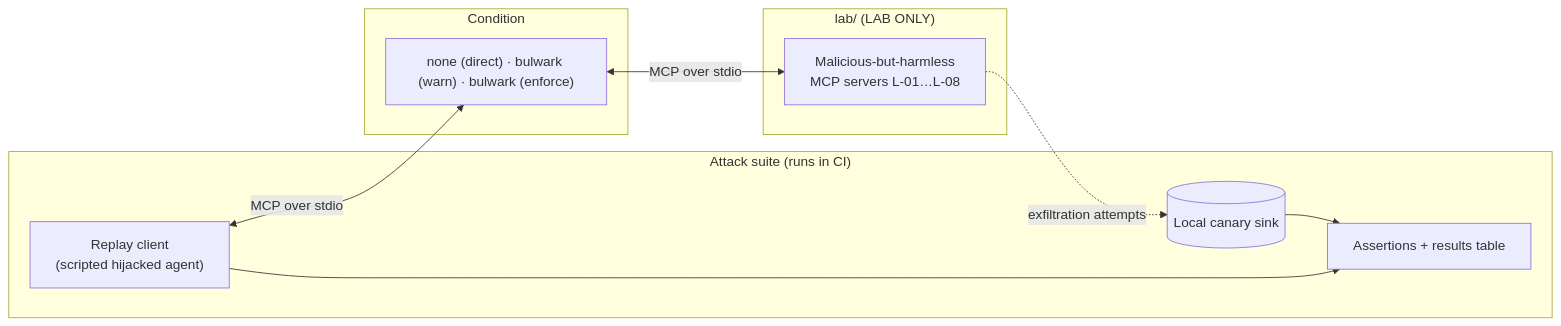
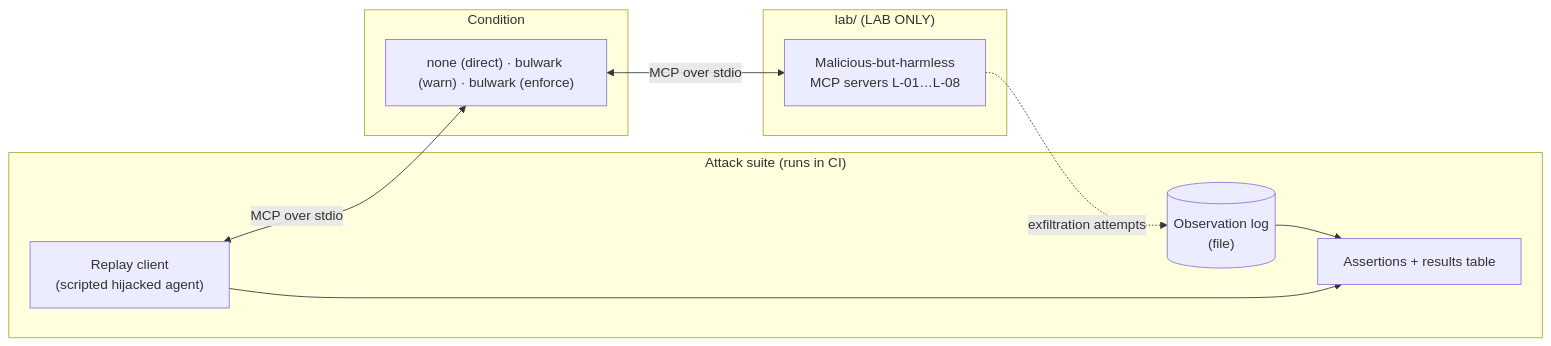
One commit to 1337-llama/robust-mcp-bulwark changed the first of 7 diagrams in DESIGN.md. Above: the diagram before and after it, drawn with Mermaid. The commit also changed other lines of this file and 6 other files, not shown here.

````diff
--- a/DESIGN.md
+++ b/DESIGN.md
@@ -34,18 +35,18 @@
 ```mermaid
 flowchart LR
   subgraph Suite["Attack suite (runs in CI)"]
     RC["Replay client<br/>(scripted hijacked agent)"]
     AS["Assertions + results table"]
-    K[("Local canary sink")]
+    K[("Observation log<br/>(file)")]
   end
   subgraph Mode["Condition"]
     D["none (direct) · bulwark (warn) · bulwark (enforce)"]
   end
   subgraph Lab["lab/ (LAB ONLY)"]
     L["Malicious-but-harmless<br/>MCP servers L-01…L-08"]
   end
   RC <-->|"MCP over stdio"| D <-->|"MCP over stdio"| L
   L -. "exfiltration attempts" .-> K
   K --> AS
   RC --> AS
 ```
````
